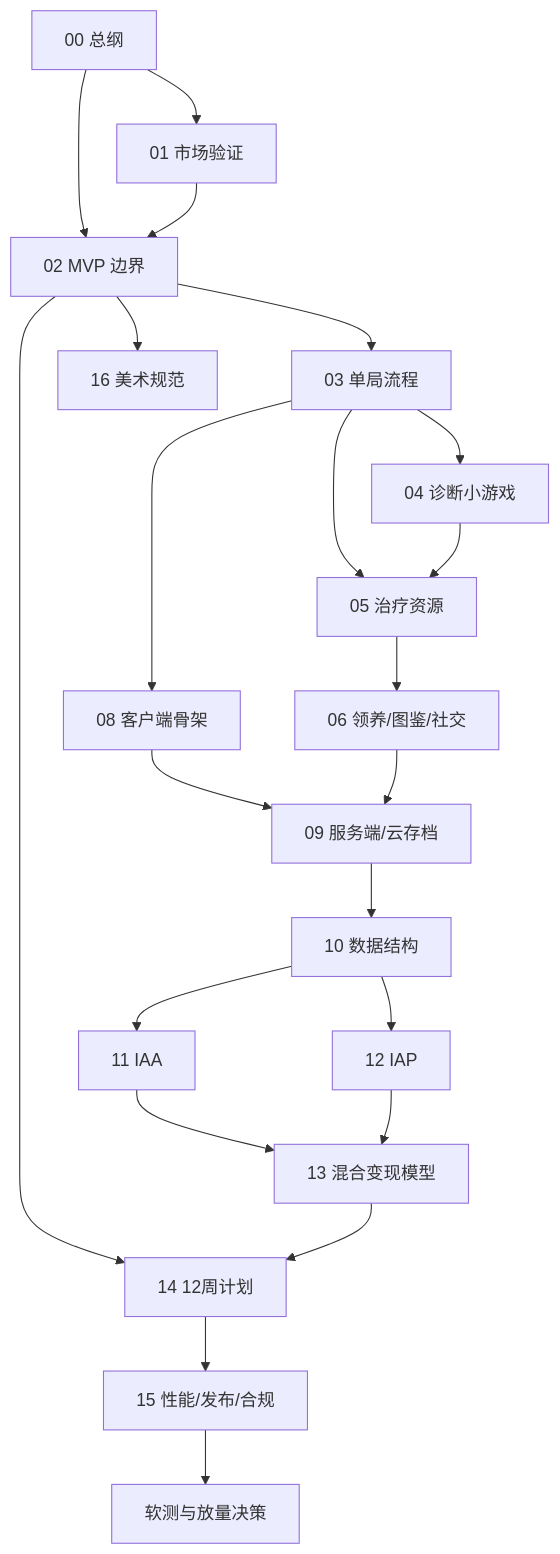
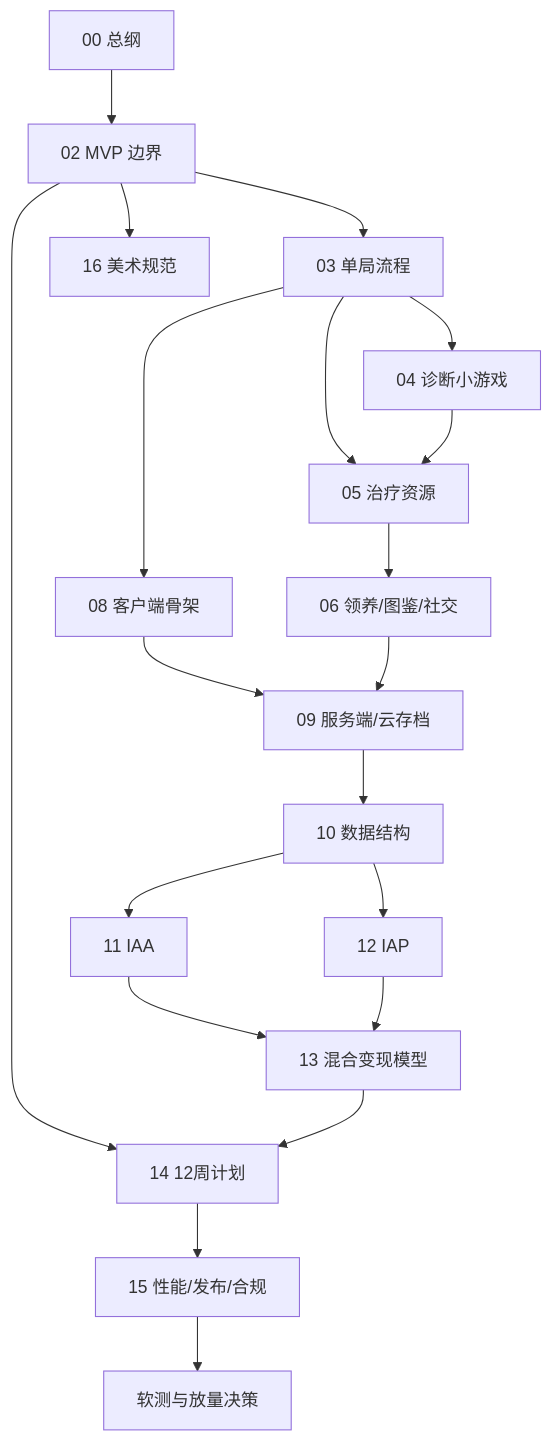
Before and after one commit to fog-dong/Pet: the diagram in docs/plan/99-总控校验报告.md, drawn with Mermaid. The commit also changed other lines of this file and 9 other files, not shown here.

````diff
--- a/docs/plan/99-总控校验报告.md
+++ b/docs/plan/99-总控校验报告.md
@@ -202,24 +202,23 @@
 ```mermaid
 flowchart TD
-    A[00 总纲] --> B[01 市场验证]
-    A --> C[02 MVP 边界]
-    B --> C
+    %% 01 市场验证已按用户决定跳过，不进入开发依赖链
+    A[00 总纲] --> C[02 MVP 边界]
     C --> D[03 单局流程]
     D --> E[04 诊断小游戏]
     D --> F[05 治疗资源]
     D --> G[08 客户端骨架]
     E --> F
     F --> H[06 领养/图鉴/社交]
     G --> I[09 服务端/云存档]
     H --> I
     I --> J[10 数据结构]
     J --> K[11 IAA]
     J --> L[12 IAP]
     K --> M[13 混合变现模型]
     L --> M
     C --> N[14 12周计划]
     M --> N
     N --> O[15 性能/发布/合规]
     C --> P[16 美术规范]
     O --> Q[软测与放量决策]
 ```
````
